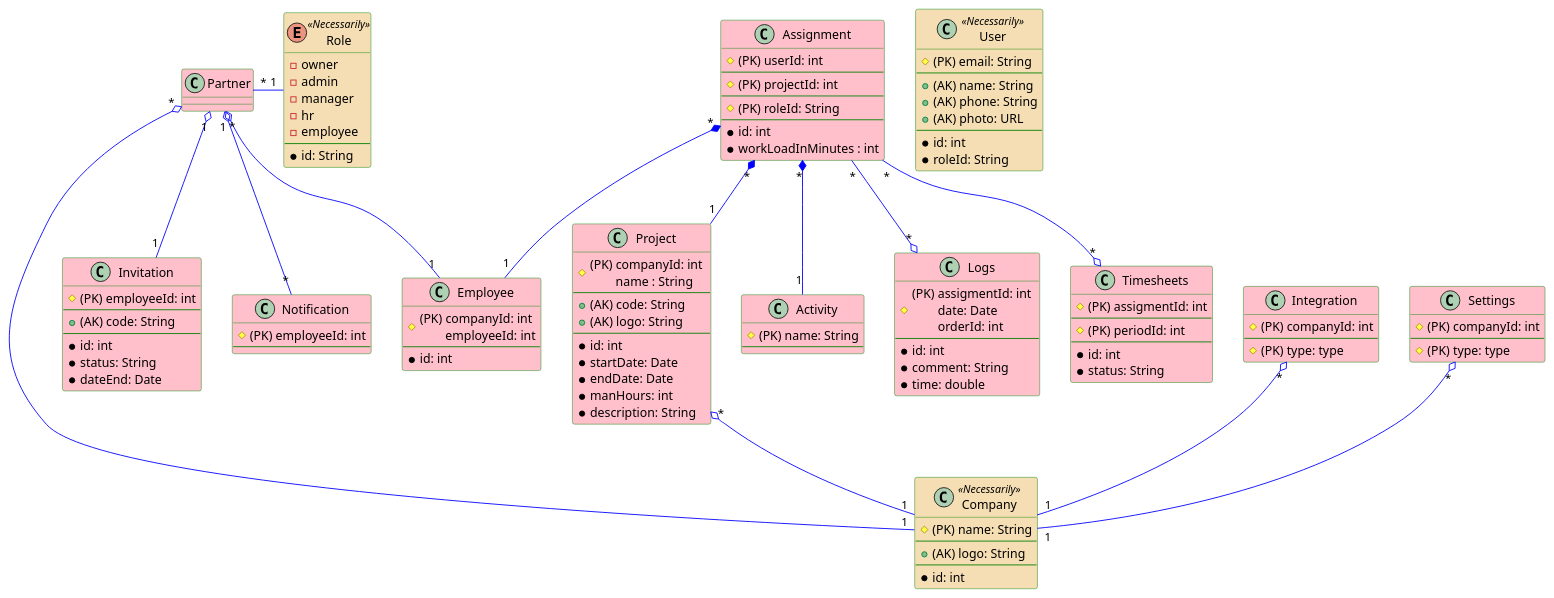
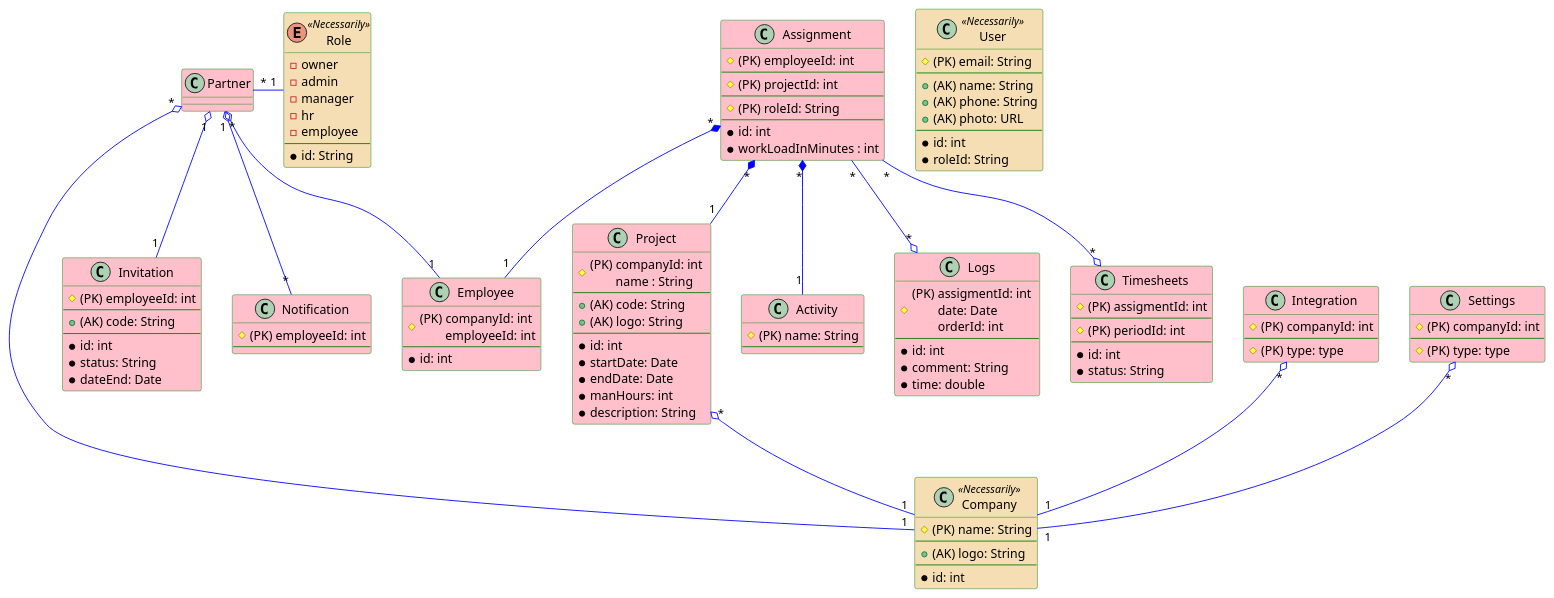
One commit to TicTacT0e/stormnet-springDJ changed the diagram in src/schema.db.puml. Above: the diagram before and after it, drawn with PlantUML. The commit also changed 18 other files, not shown here.

```diff
--- a/src/schema.db.puml
+++ b/src/schema.db.puml
@@ -1,132 +1,132 @@
 @startuml
 
     skinparam class {
         BackgroundColor Pink
         ArrowColor Blue
         BorderColor Green
         BackgroundColor<<Necessarily>> Wheat
     }
 
 	class Company <<Necessarily>> {
 	    # (PK) name: String
 	    --
 	    + (AK) logo: String
 	    --
 	    *id: int
 	}
 
 	class Employee {
 	    # (PK) companyId: int \n\temployeeId: int
 	    --
 	    *id: int
 	}
 
 	class User <<Necessarily>> {
 	    # (PK) email: String
 	    --
 	    + (AK) name: String
 	    + (AK) phone: String
 	    + (AK) photo: URL
 	    --
 	    *id: int
 	    *roleId: String
 	}
 
 	class Project {
 	    # (PK) companyId: int \n\tname : String
 	    --
 	    + (AK) code: String
 	    + (AK) logo: String
 	    --
 	    *id: int
 	    *startDate: Date
 	    *endDate: Date
 	    *manHours: int
 	    *description: String
 	}
 
 	class Integration {
 	    #(PK) companyId: int
 	    --
 	    #(PK) type: type
 	}
 
 	class Settings {
 	    #(PK) companyId: int
     	--
     	#(PK) type: type
 	}
 
 	enum Role <<Necessarily>> {
 	    - owner
 	    - admin
 	    - manager
 	    - hr
 	    - employee
 	    --
 	    *id: String
      }
 
 	class Invitation {
 	    # (PK) employeeId: int
 	    --
 	    + (AK) code: String
 	    --
 	    *id: int
 	    *status: String
 	    *dateEnd: Date
 	}
 
 	class Notification {
 	    # (PK) employeeId: int
 	    --
 	}
 
 	class Assignment {
-	    # (PK) userId: int
+	    # (PK) employeeId: int
 	    --
 	    # (PK) projectId: int
 	    --
 	    # (PK) roleId: String
 	    --
 	    *id: int
 	    *workLoadInMinutes : int
 	}
 
 	class Activity {
 	    # (PK) name: String
 	    --
 	}
 
 	class Logs {
 	    # (PK) assigmentId: int \n\tdate: Date \n\torderId: int
 	    --
 	    *id: int
 	    *comment: String
 	    *time: double
 	}
 
 	class Timesheets {
 	    # (PK) assigmentId: int
 	    --
 	    # (PK) periodId: int
 	    --
 	    *id: int
 	    *status: String
 	}
 
 	Project "*" o-- "1" Company
 	Settings "*" o-- "1" Company
 	Integration "*" o-- "1" Company
 	Partner "*" o-- "1" Company
 	Partner "*" o-- "1" Employee
 	Partner "*" - "1" Role
 	Partner "1" o-- "1" Invitation
 	Partner "1" o-- "*" Notification
 	Assignment "*" *-- "1" Project
 	Assignment "*" *-- "1" Employee
 	Assignment "*" *-- "1" Activity
 	Assignment "*" --o "*" Logs
 	Assignment "*" --o "*" Timesheets
 
 @enduml
```
